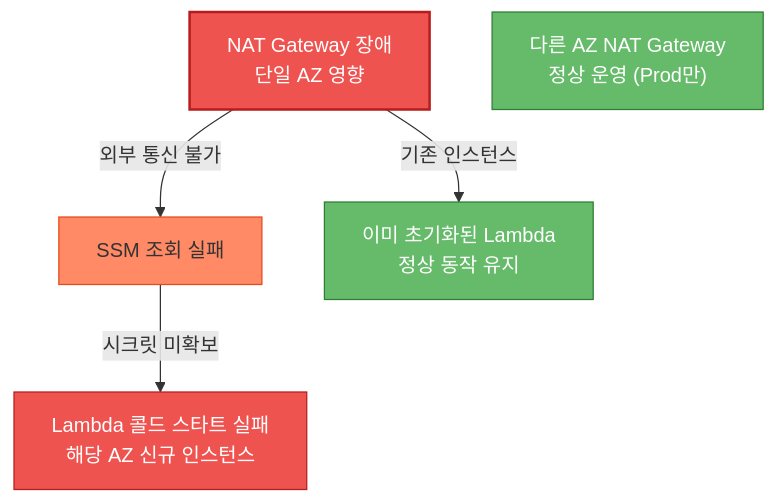
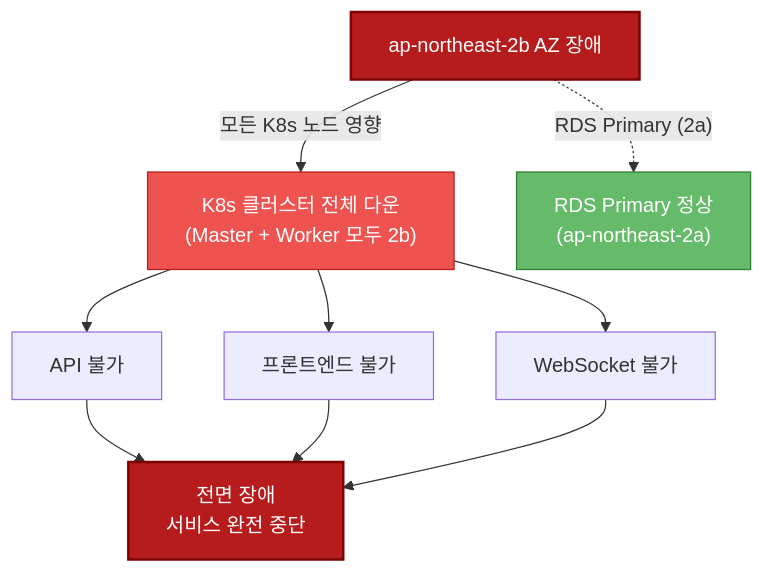
One commit to revenantonthemission/2-cho-community-infra changed the ninth of 18 diagrams in report.md. Above: the diagram before and after it, drawn with Mermaid. The commit also changed other lines of this file and 4 other files, not shown here.

````diff
--- a/report.md
+++ b/report.md
@@ -630,17 +489,20 @@
 ```mermaid
 flowchart TD
-    NAT_Fail["NAT Gateway 장애<br/>단일 AZ 영향"]
+    AZ_Fail["ap-northeast-2b AZ 장애"]
 
-    NAT_Fail -->|"외부 통신 불가"| SSM_Fail["SSM 조회 실패"]
-    SSM_Fail -->|"시크릿 미확보"| Lambda_Fail["Lambda 콜드 스타트 실패<br/>해당 AZ 신규 인스턴스"]
+    AZ_Fail -->|"모든 K8s 노드 영향"| K8s_Down["K8s 클러스터 전체 다운<br/>(Master + Worker 모두 2b)"]
+    K8s_Down --> API_Down["API 불가"]
+    K8s_Down --> FE_Down["프론트엔드 불가"]
+    K8s_Down --> WS_Down["WebSocket 불가"]
 
-    NAT_Fail -->|"기존 인스턴스"| Existing["이미 초기화된 Lambda<br/>정상 동작 유지"]
+    API_Down --> Total["전면 장애<br/>서비스 완전 중단"]
+    FE_Down --> Total
+    WS_Down --> Total
 
-    Other_AZ["다른 AZ NAT Gateway<br/>정상 운영 (Prod만)"]
+    AZ_Fail -.->|"RDS Primary (2a)"| RDS_OK["RDS Primary 정상<br/>(ap-northeast-2a)"]
 
-    style NAT_Fail fill:#ef5350,color:#fff,stroke:#b71c1c,stroke-width:2px
-    style SSM_Fail fill:#ff8a65,stroke:#e64a19
-    style Lambda_Fail fill:#ef5350,color:#fff,stroke:#b71c1c
-    style Existing fill:#66bb6a,color:#fff,stroke:#2e7d32
-    style Other_AZ fill:#66bb6a,color:#fff,stroke:#2e7d32
+    style AZ_Fail fill:#b71c1c,color:#fff,stroke:#7f0000,stroke-width:2px
+    style K8s_Down fill:#ef5350,color:#fff,stroke:#b71c1c
+    style Total fill:#b71c1c,color:#fff,stroke:#7f0000,stroke-width:2px
+    style RDS_OK fill:#66bb6a,color:#fff,stroke:#2e7d32
 ```
````
